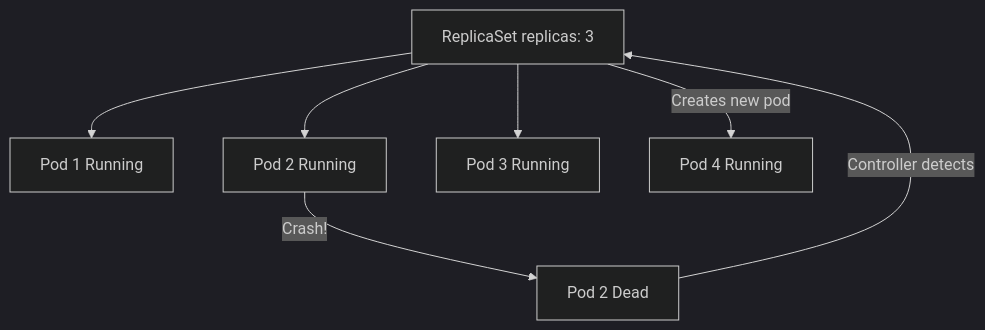
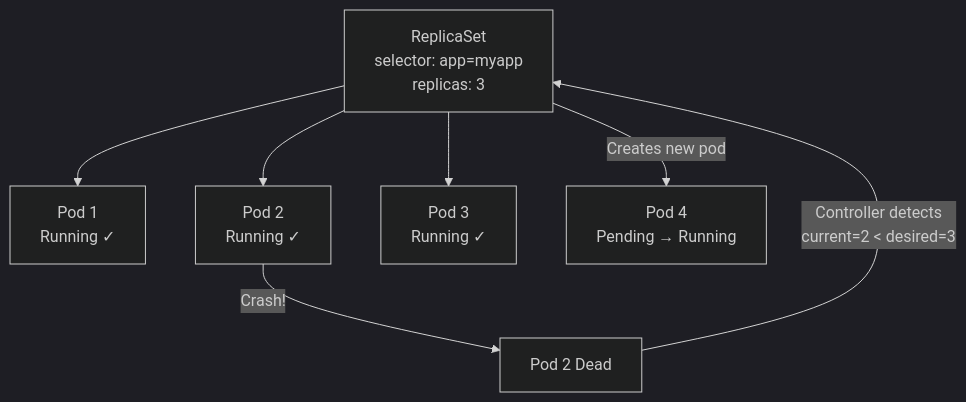
Before and after one commit to UncleJS/course_k3s: the fifth of 11 diagrams in 03_first_steps/03_pods_deployments_services.md, drawn with Mermaid (dark theme). The commit also changed other lines of this file and 45 other files, not shown here.

First line of the commit message:
Expand all course lessons: Mermaid diagrams + rich prose across 43 files

````diff
--- a/03_first_steps/03_pods_deployments_services.md
+++ b/03_first_steps/03_pods_deployments_services.md
@@ -123,9 +287,13 @@
 ```mermaid
 graph TD
-    RS[ReplicaSet replicas: 3] --> P1[Pod 1 Running]
-    RS --> P2[Pod 2 Running]
-    RS --> P3[Pod 3 Running]
-    P2 -->|"Crash!"| DEAD[Pod 2 Dead]
-    DEAD -->|"Controller detects"| RS
-    RS -->|"Creates new pod"| P4[Pod 4 Running]
+    RS["ReplicaSet<br/>selector: app=myapp<br/>replicas: 3"]
+    P1["Pod 1<br/>Running ✓"]
+    P2["Pod 2<br/>Running ✓"]
+    P3["Pod 3<br/>Running ✓"]
+    RS --> P1
+    RS --> P2
+    RS --> P3
+    P2 -->|"Crash!"| DEAD["Pod 2 Dead"]
+    DEAD -->|"Controller detects<br/>current=2 < desired=3"| RS
+    RS -->|"Creates new pod"| P4["Pod 4<br/>Pending → Running"]
 ```
````
